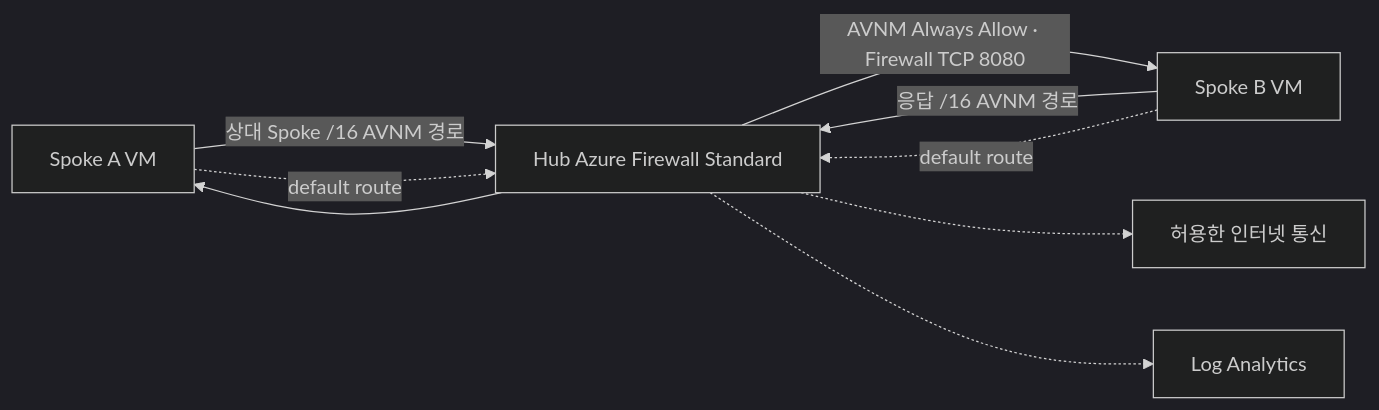
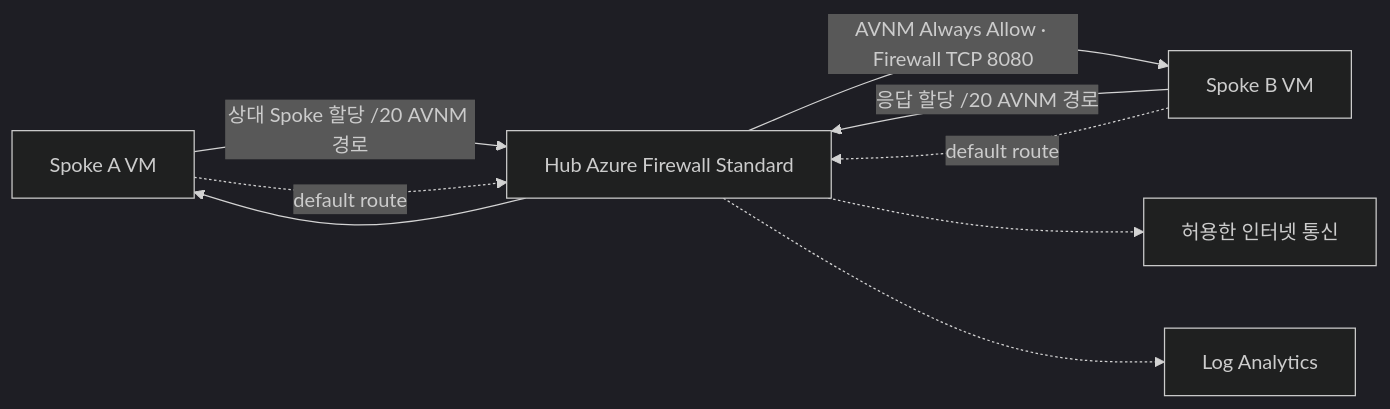
The second of 2 diagrams in README.md (freeman9844/ms-landing-zone-02), drawn with Mermaid (dark theme) before and after one commit. The commit also changed other lines of this file and 6 other files, not shown here.

````diff
--- a/README.md
+++ b/README.md
@@ -77,11 +77,11 @@
 ```mermaid
 flowchart LR
-  A["Spoke A VM"] -->|"상대 Spoke /16 AVNM 경로"| F["Hub Azure Firewall Standard"]
+  A["Spoke A VM"] -->|"상대 Spoke 할당 /20 AVNM 경로"| F["Hub Azure Firewall Standard"]
   F -->|"AVNM Always Allow · Firewall TCP 8080"| B["Spoke B VM"]
-  B -->|"응답 /16 AVNM 경로"| F
+  B -->|"응답 할당 /20 AVNM 경로"| F
   F --> A
   A -.->|"default route"| F
   B -.->|"default route"| F
   F -.-> I["허용한 인터넷 통신"]
   F -.-> L["Log Analytics"]
 ```
````
